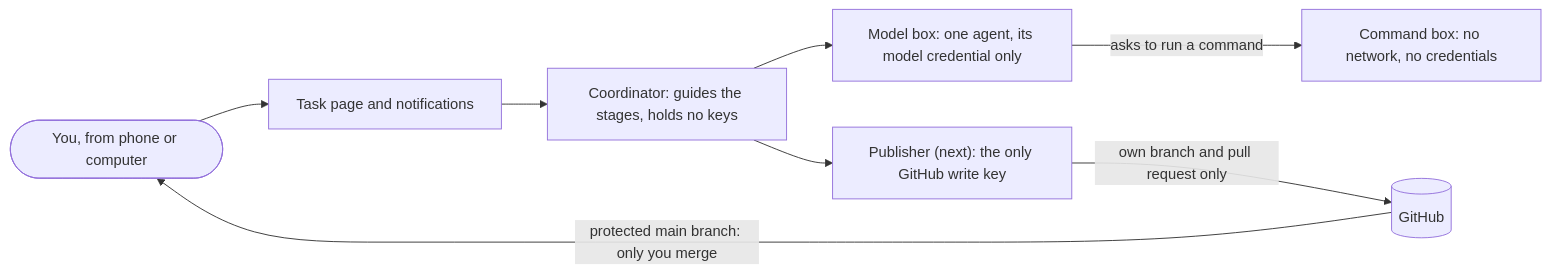
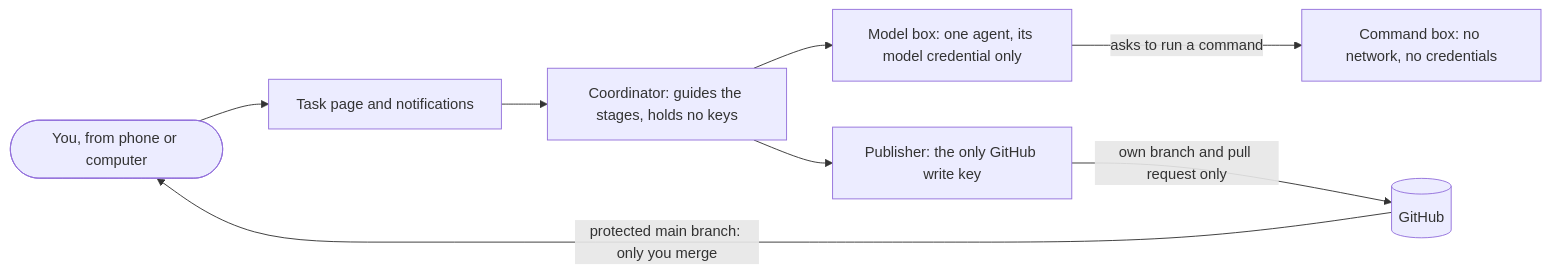
One commit to Gaan21/agent-factory-case-study changed the second of 2 diagrams in README.md. Above: the diagram before and after it, drawn with Mermaid. The commit also changed other lines of this file, not shown here.

Commit message:
docs: automatic pull requests installed, with GitHub's rejections verified

````diff
--- a/README.md
+++ b/README.md
@@ -101,10 +103,10 @@
 ```mermaid
 flowchart LR
     You([You, from phone or computer]) --> Page[Task page and notifications]
     Page --> Coord[Coordinator: guides the stages, holds no keys]
     Coord --> ModelBox[Model box: one agent, its model credential only]
     ModelBox -->|asks to run a command| CmdBox[Command box: no network, no credentials]
-    Coord --> Pub["Publisher (next): the only GitHub write key"]
+    Coord --> Pub[Publisher: the only GitHub write key]
     Pub -->|own branch and pull request only| GH[(GitHub)]
     GH -->|protected main branch: only you merge| You
 ```
````
